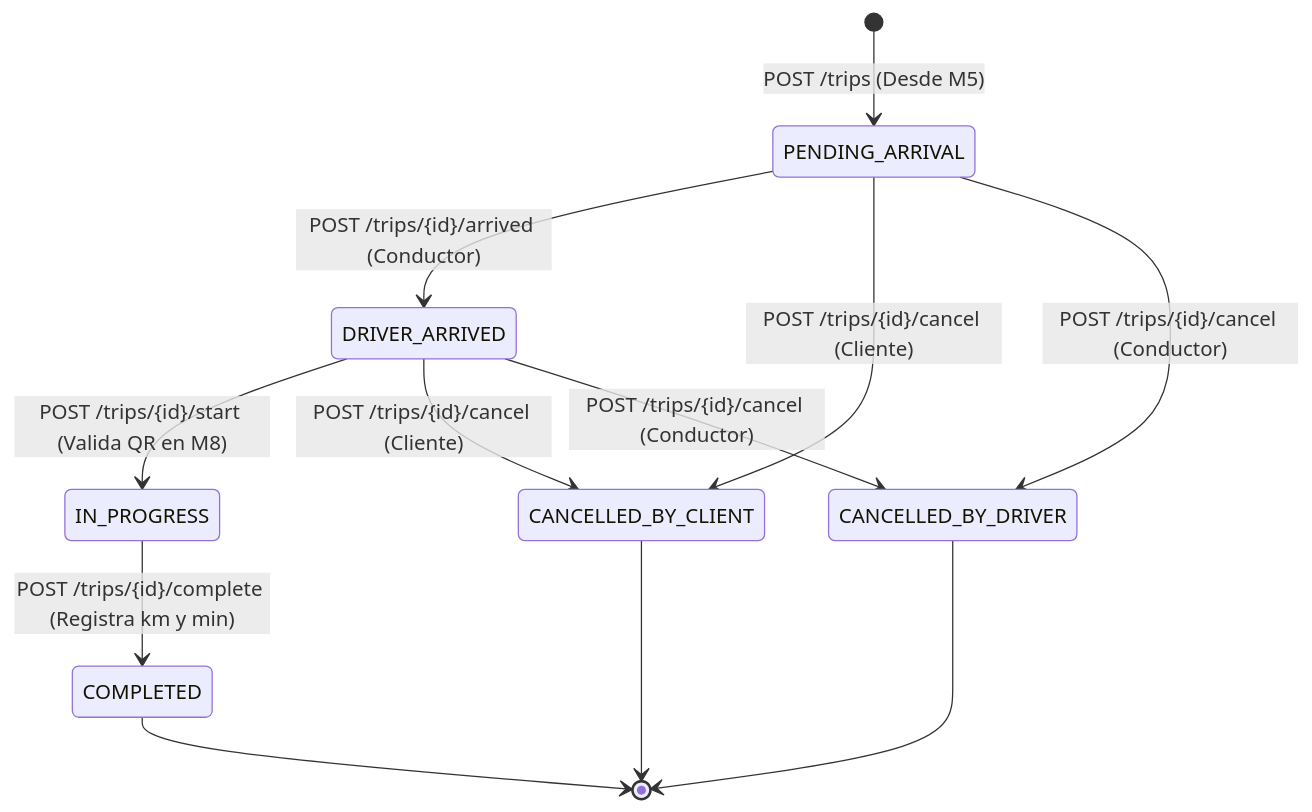
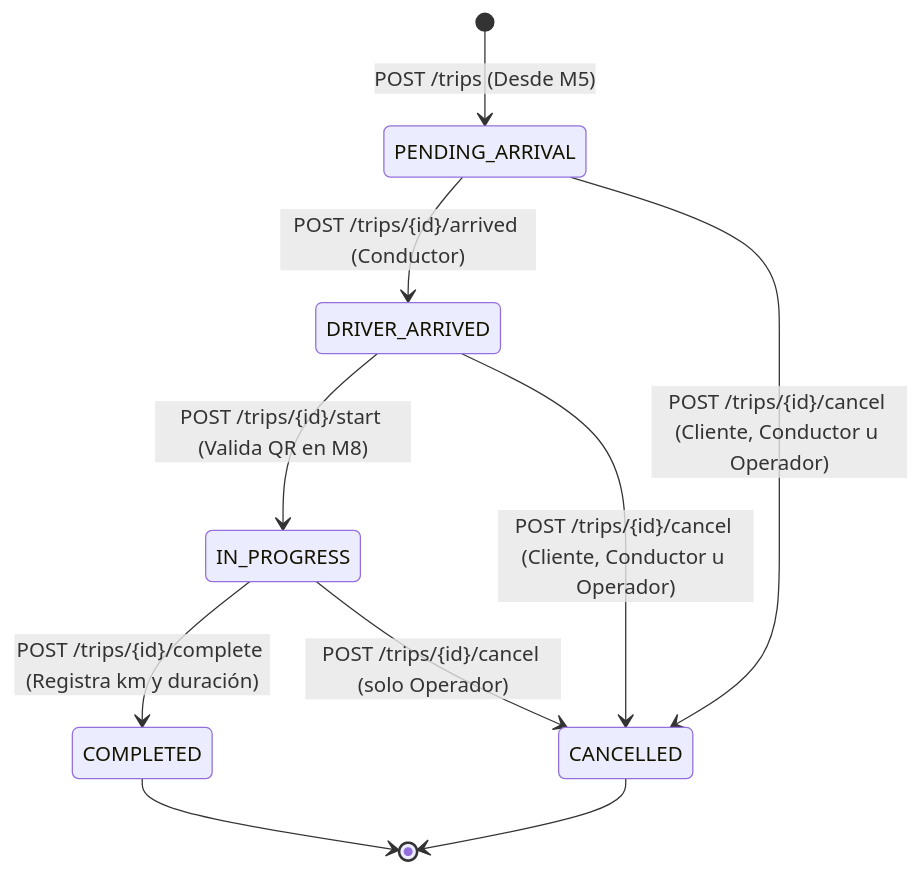
The diagram in README.md (FRRe-DS/2026-12-TPI), drawn with Mermaid before and after one commit. The commit also changed other lines of this file, not shown here.

````diff
--- a/README.md
+++ b/README.md
@@ -46,18 +49,16 @@
 ```mermaid
 stateDiagram-v2
     [*] --> PENDING_ARRIVAL : POST /trips (Desde M5)
-    
+
     PENDING_ARRIVAL --> DRIVER_ARRIVED : POST /trips/{id}/arrived (Conductor)
-    PENDING_ARRIVAL --> CANCELLED_BY_CLIENT : POST /trips/{id}/cancel (Cliente)
-    PENDING_ARRIVAL --> CANCELLED_BY_DRIVER : POST /trips/{id}/cancel (Conductor)
-    
+    PENDING_ARRIVAL --> CANCELLED : POST /trips/{id}/cancel (Cliente, Conductor u Operador)
+
     DRIVER_ARRIVED --> IN_PROGRESS : POST /trips/{id}/start (Valida QR en M8)
-    DRIVER_ARRIVED --> CANCELLED_BY_CLIENT : POST /trips/{id}/cancel (Cliente)
-    DRIVER_ARRIVED --> CANCELLED_BY_DRIVER : POST /trips/{id}/cancel (Conductor)
-    
-    IN_PROGRESS --> COMPLETED : POST /trips/{id}/complete (Registra km y min)
-    
+    DRIVER_ARRIVED --> CANCELLED : POST /trips/{id}/cancel (Cliente, Conductor u Operador)
+
+    IN_PROGRESS --> COMPLETED : POST /trips/{id}/complete (Registra km y duración)
+    IN_PROGRESS --> CANCELLED : POST /trips/{id}/cancel (solo Operador)
+
     COMPLETED --> [*]
-    CANCELLED_BY_CLIENT --> [*]
-    CANCELLED_BY_DRIVER --> [*]
+    CANCELLED --> [*]
 ```
````
